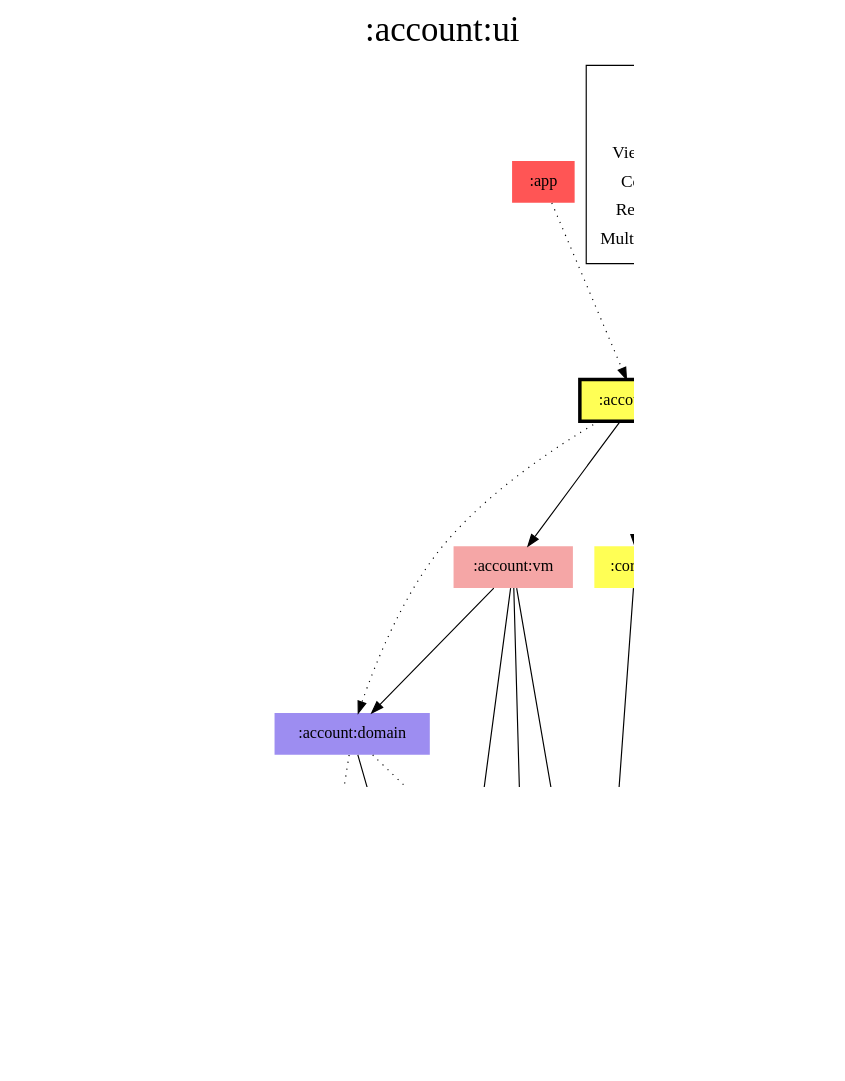
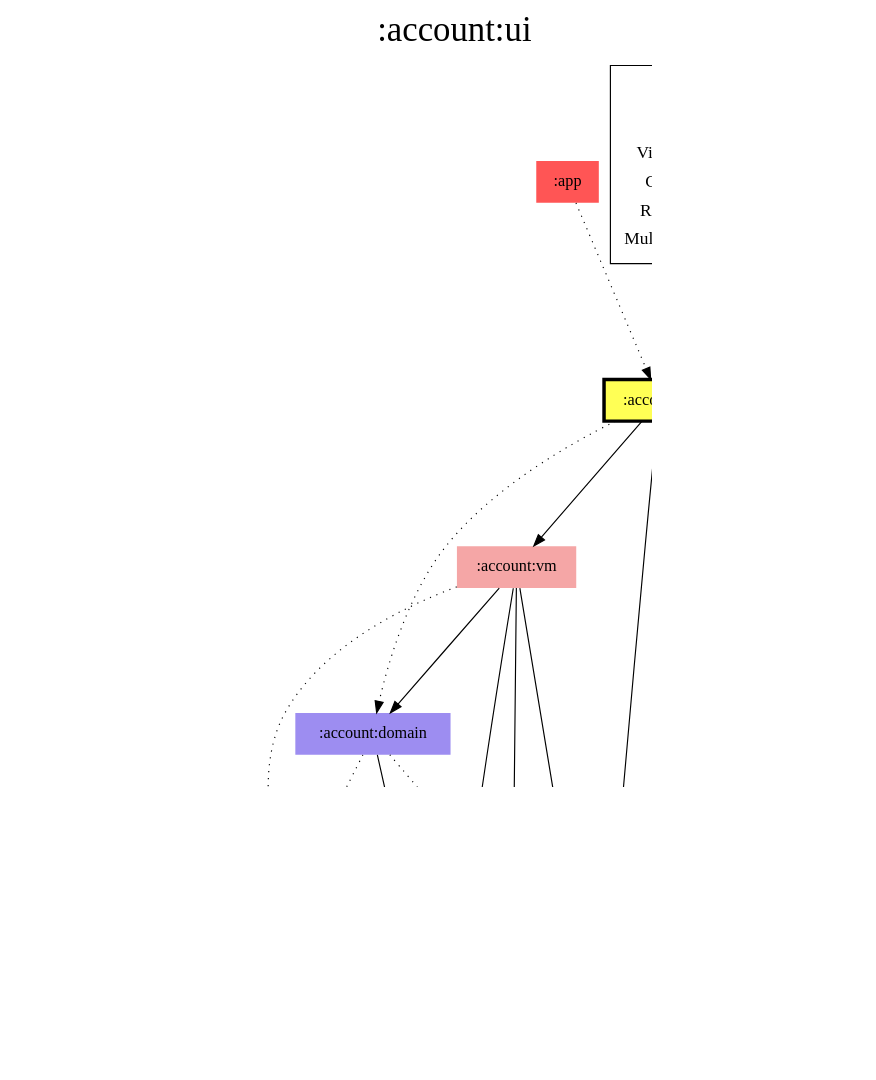
One commit to jonapoul/aktual changed the diagram in modules/account/ui/modules.dot. Above: the diagram before and after it, drawn with Graphviz. The commit also changed 58 other files, not shown here.

```diff
--- a/modules/account/ui/modules.dot
+++ b/modules/account/ui/modules.dot
@@ -1,57 +1,59 @@
 digraph {
 edge ["dir"="forward"]
 graph ["dpi"="100","label"=":account:ui","labelloc"="t","fontsize"="30","ranksep"="1.5","rankdir"="TB"]
 node ["style"="filled"]
 ":account:domain" ["fillcolor"="#9D8DF1","shape"="none"]
 ":account:model" ["fillcolor"="#9D8DF1","shape"="none"]
 ":account:res" ["fillcolor"="#00FFFF","shape"="none"]
 ":account:ui" ["fillcolor"="#FFFF55","color"="black","penwidth"="3","shape"="box"]
 ":account:vm" ["fillcolor"="#F5A6A6","shape"="none"]
 ":api:actual" ["fillcolor"="#9D8DF1","shape"="none"]
 ":app" ["fillcolor"="#FF5555","shape"="none"]
 ":budget:model" ["fillcolor"="#9D8DF1","shape"="none"]
 ":codegen:annotation" ["fillcolor"="#9D8DF1","shape"="none"]
 ":core:model" ["fillcolor"="#9D8DF1","shape"="none"]
 ":core:res" ["fillcolor"="#00FFFF","shape"="none"]
 ":core:ui" ["fillcolor"="#FFFF55","shape"="none"]
 ":prefs" ["fillcolor"="#9D8DF1","shape"="none"]
 {
 edge ["dir"="none"]
 graph ["rank"="same"]
 ":account:ui"
 }
 ":account:domain" -> ":account:model"
 ":account:domain" -> ":api:actual" ["style"="dotted"]
 ":account:domain" -> ":prefs" ["style"="dotted"]
 ":account:ui" -> ":account:domain" ["style"="dotted"]
 ":account:ui" -> ":account:res" ["style"="dotted"]
 ":account:ui" -> ":account:vm"
+":account:ui" -> ":core:model"
 ":account:ui" -> ":core:res" ["style"="dotted"]
 ":account:ui" -> ":core:ui"
 ":account:vm" -> ":account:domain"
 ":account:vm" -> ":account:model"
+":account:vm" -> ":api:actual" ["style"="dotted"]
 ":account:vm" -> ":core:model"
 ":account:vm" -> ":prefs"
 ":api:actual" -> ":account:model"
 ":api:actual" -> ":budget:model"
 ":api:actual" -> ":codegen:annotation" ["style"="dotted"]
 ":api:actual" -> ":core:model"
 ":app" -> ":account:ui" ["style"="dotted"]
 ":core:ui" -> ":core:model"
 ":core:ui" -> ":core:res" ["style"="dotted"]
 ":prefs" -> ":account:model"
 ":prefs" -> ":core:model"
 subgraph "cluster_legend" {
 edge ["dir"="none"]
 graph ["label"="Legend","fontsize"="20"]
 "Legend" ["style"="filled","fillcolor"="#FFFFFF","shape"="none","margin"="0","fontsize"="15","label"=<
 <TABLE BORDER="0" CELLBORDER="0" CELLSPACING="0" CELLPADDING="4">
 <TR><TD>App</TD><TD BGCOLOR="#FF5555">module-name</TD></TR>
 <TR><TD>ViewModel</TD><TD BGCOLOR="#F5A6A6">module-name</TD></TR>
 <TR><TD>Compose</TD><TD BGCOLOR="#FFFF55">module-name</TD></TR>
 <TR><TD>Resources</TD><TD BGCOLOR="#00FFFF">module-name</TD></TR>
 <TR><TD>Multiplatform</TD><TD BGCOLOR="#9D8DF1">module-name</TD></TR>
 </TABLE>
 >]
 } -> ":account:ui" ["style"="invis"]
 }
```
